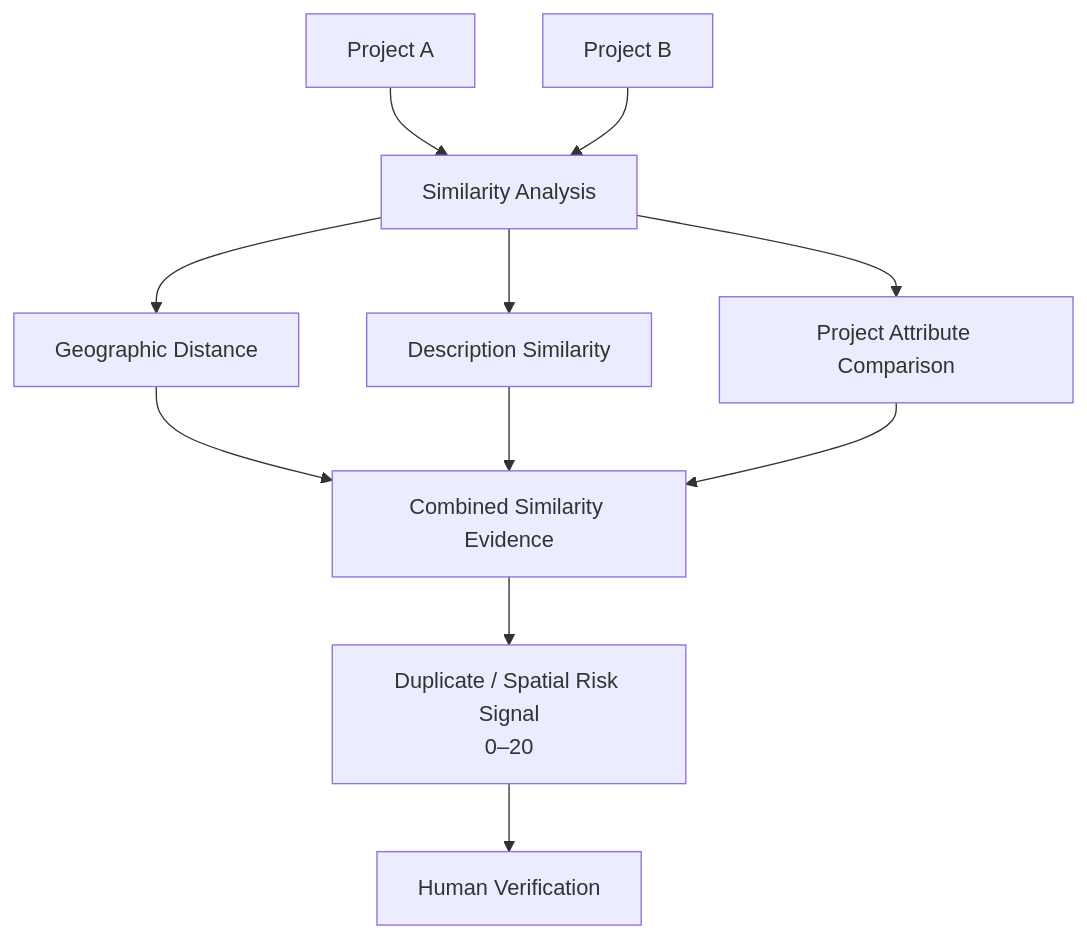
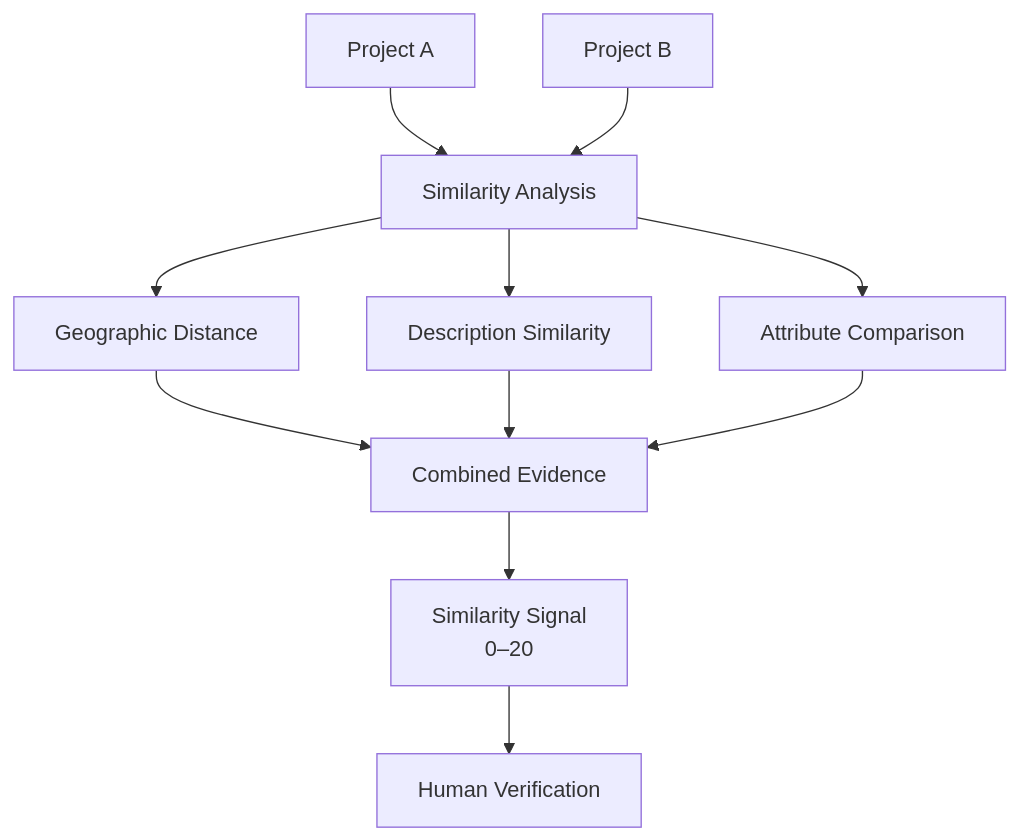
The fifth of 19 diagrams in README.md (the-nidhi-bhat/mplads-sentinel), drawn with Mermaid before and after one commit. The commit also changed other lines of this file, not shown here.

````diff
--- a/README.md
+++ b/README.md
@@ -340,23 +232,19 @@
 ```mermaid
 flowchart TB
+    A["Project A"]
+    B["Project B"]
 
-    A["Project A"]
-    --> C["Similarity Analysis"]
-
-    B["Project B"]
-    --> C
+    A --> C["Similarity Analysis"]
+    B --> C
 
     C --> D["Geographic Distance"]
+    C --> E["Description Similarity"]
+    C --> F["Attribute Comparison"]
 
-    C --> E["Description Similarity"]
-
-    C --> F["Project Attribute Comparison"]
-
-    D --> G["Combined Similarity Evidence"]
+    D --> G["Combined Evidence"]
     E --> G
     F --> G
 
-    G --> H["Duplicate / Spatial Risk Signal<br/>0–20"]
-
+    G --> H["Similarity Signal<br/>0–20"]
     H --> I["Human Verification"]
 ```
````
